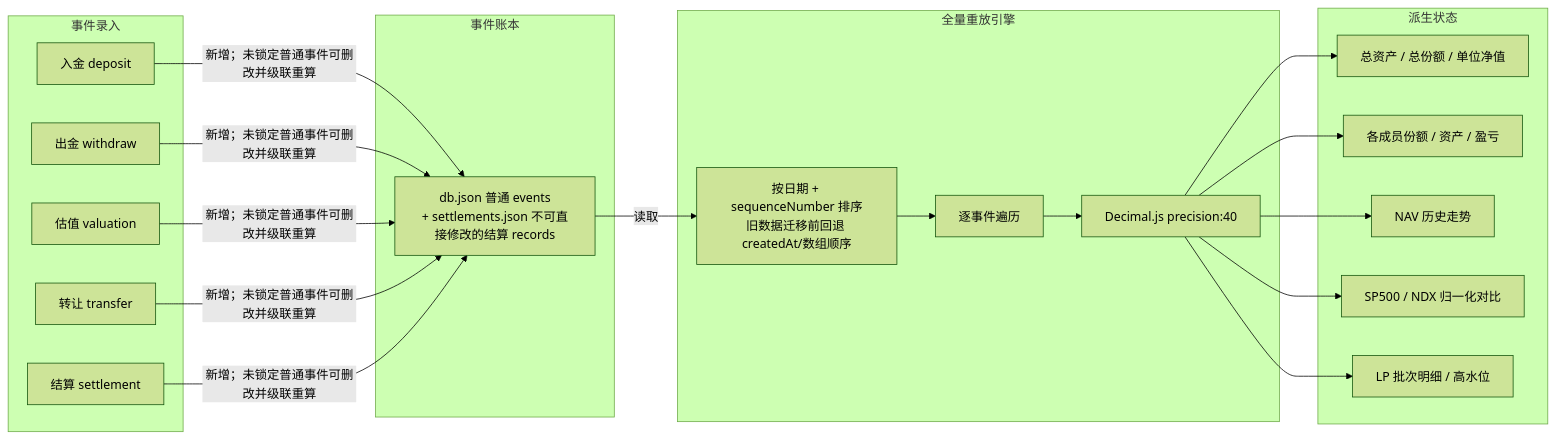
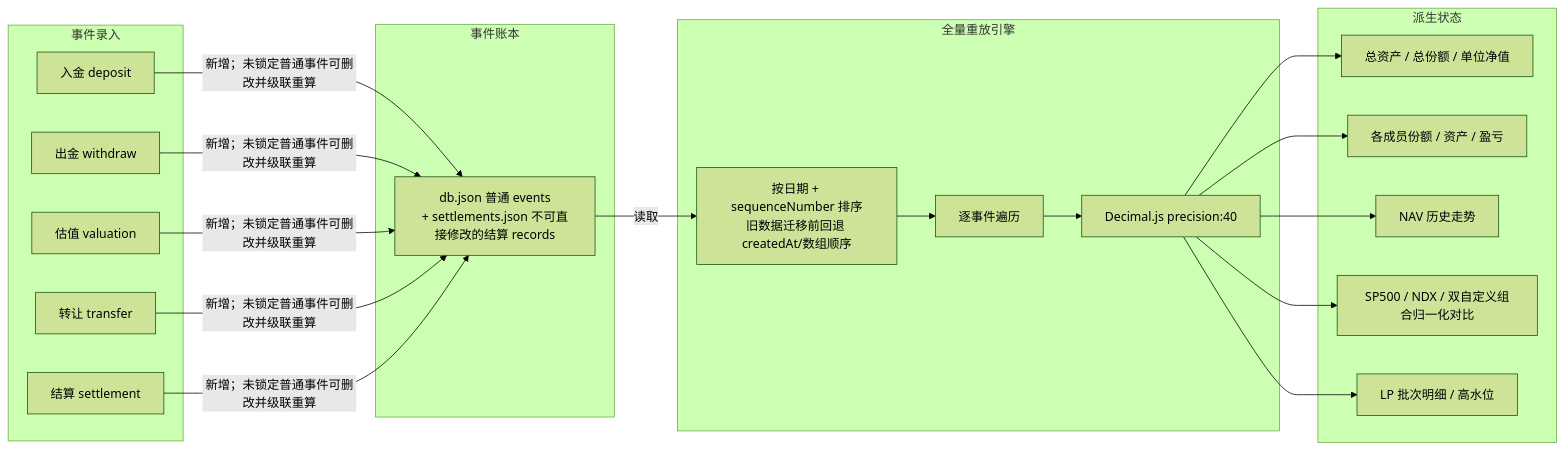
Before and after one commit to kamen-exaid/family-fund-manager: the second of 7 diagrams in ARCHITECTURE.md, drawn with Mermaid (forest theme). The commit also changed other lines of this file and 26 other files, not shown here.

````diff
--- a/ARCHITECTURE.md
+++ b/ARCHITECTURE.md
@@ -86,33 +87,33 @@
 ```mermaid
 flowchart LR
     subgraph Input["事件录入"]
         D["入金 deposit"]
         W["出金 withdraw"]
         V["估值 valuation"]
         T["转让 transfer"]
         S["结算 settlement"]
     end
 
     subgraph EventStore["事件账本"]
         ES["db.json 普通 events<br/>+ settlements.json 不可直接修改的结算 records"]
     end
 
     subgraph Replay["全量重放引擎"]
         SORT["按日期 + sequenceNumber 排序<br/>旧数据迁移前回退 createdAt/数组顺序"]
         LOOP["逐事件遍历"]
         DEC["Decimal.js precision:40"]
     end
 
     subgraph State["派生状态"]
         NAV["总资产 / 总份额 / 单位净值"]
         MEM["各成员份额 / 资产 / 盈亏"]
         HIST["NAV 历史走势"]
-        BENCH["SP500 / NDX 归一化对比"]
+        BENCH["SP500 / NDX / 双自定义组合归一化对比"]
         LOT["LP 批次明细 / 高水位"]
     end
 
     D & W & V & T & S -->|新增；未锁定普通事件可删改并级联重算| ES
     ES -->|读取| SORT
     SORT --> LOOP --> DEC
     DEC --> NAV & MEM & HIST & BENCH & LOT
 ```
````
